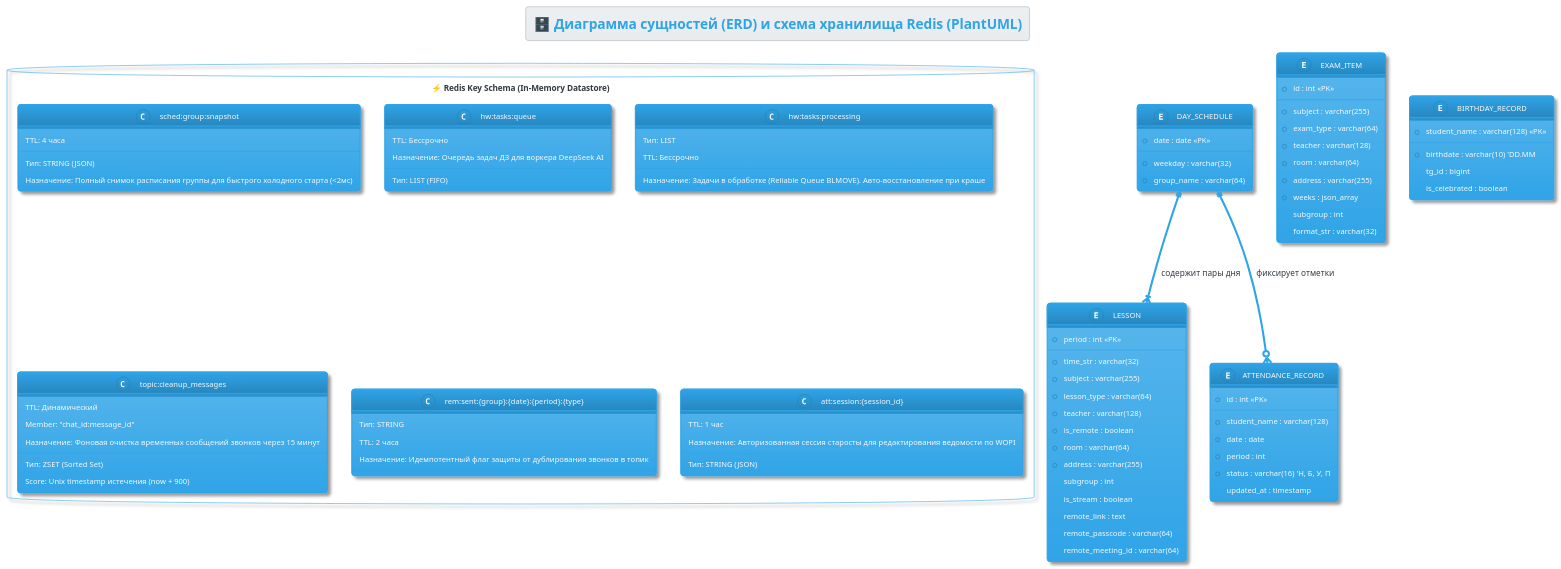
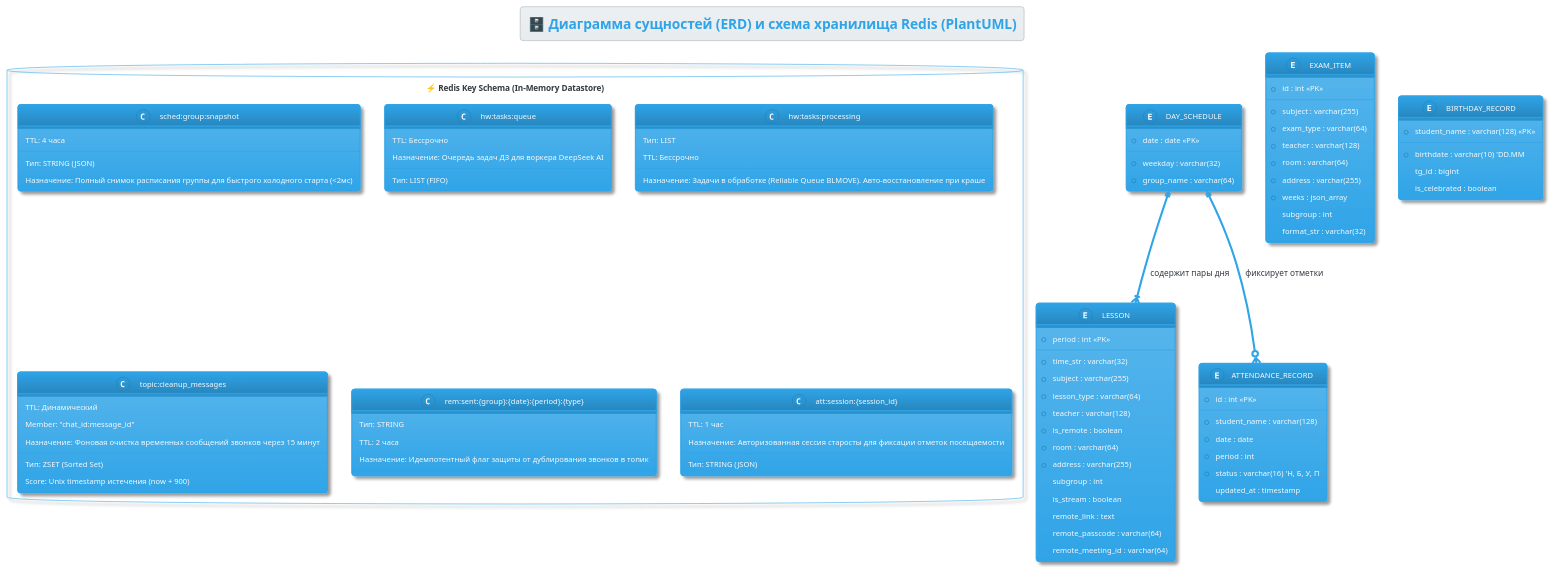
The diagram in docs/puml/06_erd_data_models.puml (Utkautka1/para), drawn with PlantUML before and after one commit. The commit also changed 20 other files, not shown here.

```diff
--- a/docs/puml/06_erd_data_models.puml
+++ b/docs/puml/06_erd_data_models.puml
@@ -1,111 +1,111 @@
 @startuml 06_erd_data_models
 !theme cerulean
 
 skinparam defaultFontName "sans-serif"
 skinparam roundCorner 8
 skinparam shadowing true
 
 title 🗄️ Диаграмма сущностей (ERD) и схема хранилища Redis (PlantUML)
 
 ' Описание моделей данных
 entity "LESSON" as lesson {
   * period : int <<PK>>
   --
   * time_str : varchar(32)
   * subject : varchar(255)
   * lesson_type : varchar(64)
   * teacher : varchar(128)
   * is_remote : boolean
   * room : varchar(64)
   * address : varchar(255)
   subgroup : int
   is_stream : boolean
   remote_link : text
   remote_passcode : varchar(64)
   remote_meeting_id : varchar(64)
 }
 
 entity "EXAM_ITEM" as exam {
   * id : int <<PK>>
   --
   * subject : varchar(255)
   * exam_type : varchar(64)
   * teacher : varchar(128)
   * room : varchar(64)
   * address : varchar(255)
   * weeks : json_array
   subgroup : int
   format_str : varchar(32)
 }
 
 entity "DAY_SCHEDULE" as day_sched {
   * date : date <<PK>>
   --
   * weekday : varchar(32)
   * group_name : varchar(64)
 }
 
 entity "ATTENDANCE_RECORD" as attendance {
   * id : int <<PK>>
   --
   * student_name : varchar(128)
   * date : date
   * period : int
   * status : varchar(16) 'Н, Б, У, П
   updated_at : timestamp
 }
 
 entity "BIRTHDAY_RECORD" as birthday {
   * student_name : varchar(128) <<PK>>
   --
   * birthdate : varchar(10) 'DD.MM
   tg_id : bigint
   is_celebrated : boolean
 }
 
 ' Связи между сущностями
 day_sched ||--|{ lesson : "содержит пары дня"
 day_sched ||--o{ attendance : "фиксирует отметки"
 
 ' Реестр структур данных в Redis
 package "⚡ Redis Key Schema (In-Memory Datastore)" <<Database>> {
   class "sched:group:snapshot" as r_sched {
     Тип: STRING (JSON)
     TTL: 4 часа
     Назначение: Полный снимок расписания группы для быстрого холодного старта (<2мс)
   }
 
   class "hw:tasks:queue" as r_hw_q {
     Тип: LIST (FIFO)
     TTL: Бессрочно
     Назначение: Очередь задач ДЗ для воркера DeepSeek AI
   }
 
   class "hw:tasks:processing" as r_hw_p {
     Тип: LIST
     TTL: Бессрочно
     Назначение: Задачи в обработке (Reliable Queue BLMOVE). Авто-восстановление при краше
   }
 
   class "topic:cleanup_messages" as r_zset {
     Тип: ZSET (Sorted Set)
     TTL: Динамический
     Score: Unix timestamp истечения (now + 900)
     Member: "chat_id:message_id"
     Назначение: Фоновая очистка временных сообщений звонков через 15 минут
   }
 
   class "rem:sent:{group}:{date}:{period}:{type}" as r_rem {
     Тип: STRING
     TTL: 2 часа
     Назначение: Идемпотентный флаг защиты от дублирования звонков в топик
   }
 
   class "att:session:{session_id}" as r_att {
     Тип: STRING (JSON)
     TTL: 1 час
-    Назначение: Авторизованная сессия старосты для редактирования ведомости по WOPI
+    Назначение: Авторизованная сессия старосты для фиксации отметок посещаемости
   }
 }
 
 @enduml
```
